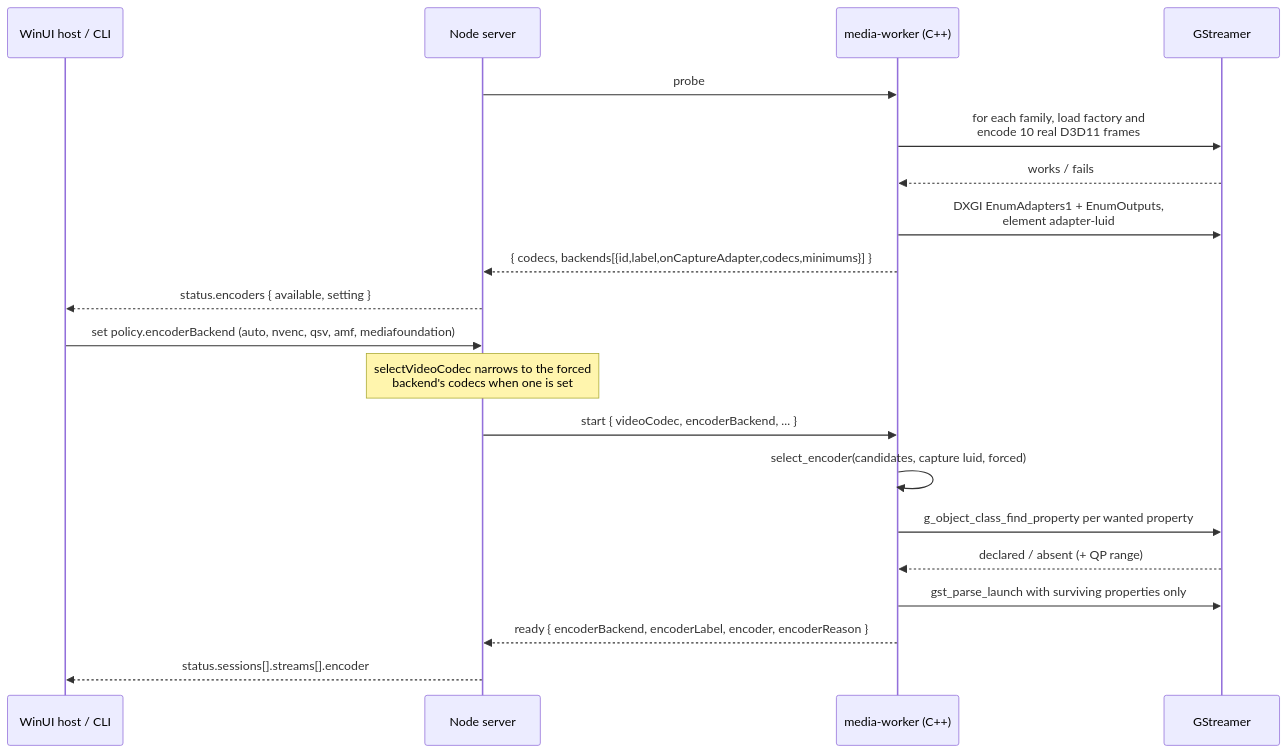
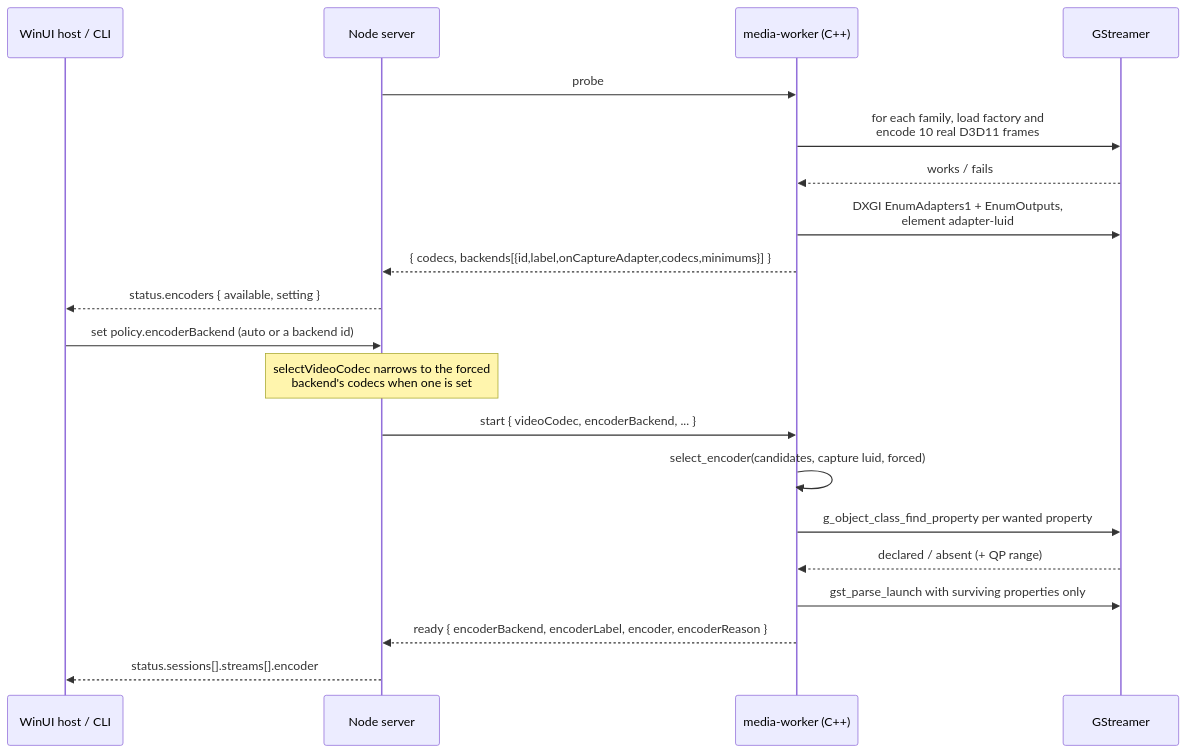
Diagram 12 of 19 in docs/ARCHITECTURE.md (kiforsbe/vidvnc), drawn with Mermaid before and after one commit. The commit also changed other lines of this file and 7 other files, not shown here.

First line of the commit message:
Server: accept the videotoolbox encoder backend

````diff
--- a/docs/ARCHITECTURE.md
+++ b/docs/ARCHITECTURE.md
@@ -664,25 +664,25 @@
 ```mermaid
 sequenceDiagram
     participant Host as WinUI host / CLI
     participant Server as Node server
     participant Worker as media-worker (C++)
     participant GStreamer
 
     Server->>Worker: probe
     Worker->>GStreamer: for each family, load factory and<br/>encode 10 real D3D11 frames
     GStreamer-->>Worker: works / fails
     Worker->>GStreamer: DXGI EnumAdapters1 + EnumOutputs,<br/>element adapter-luid
     Worker-->>Server: { codecs, backends[{id,label,onCaptureAdapter,codecs,minimums}] }
     Server-->>Host: status.encoders { available, setting }
 
-    Host->>Server: set policy.encoderBackend (auto, nvenc, qsv, amf, mediafoundation)
+    Host->>Server: set policy.encoderBackend (auto or a backend id)
     Note over Server: selectVideoCodec narrows to the forced<br/>backend's codecs when one is set
 
     Server->>Worker: start { videoCodec, encoderBackend, ... }
     Worker->>Worker: select_encoder(candidates, capture luid, forced)
     Worker->>GStreamer: g_object_class_find_property per wanted property
     GStreamer-->>Worker: declared / absent (+ QP range)
     Worker->>GStreamer: gst_parse_launch with surviving properties only
     Worker-->>Server: ready { encoderBackend, encoderLabel, encoder, encoderReason }
     Server-->>Host: status.sessions[].streams[].encoder
 ```
````
